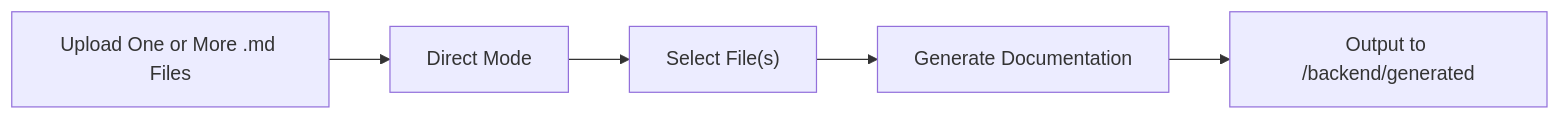
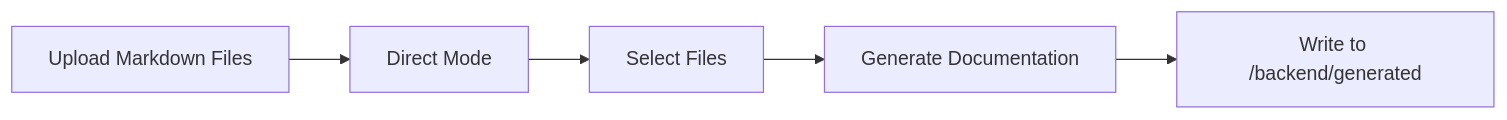
The fourth of 4 diagrams in README.md (CagriCatik/Docalypt), drawn with Mermaid before and after one commit. The commit also changed other lines of this file and 2 other files, not shown here.

````diff
--- a/README.md
+++ b/README.md
@@ -121,7 +182,7 @@
 ```mermaid
 flowchart LR
-    A[Upload One or More .md Files] --> B[Direct Mode]
-    B --> C["Select File(s)"]
+    A[Upload Markdown Files] --> B[Direct Mode]
+    B --> C[Select Files]
     C --> D[Generate Documentation]
-    D --> E[Output to /backend/generated]
+    D --> E[Write to /backend/generated]
 ```
````
